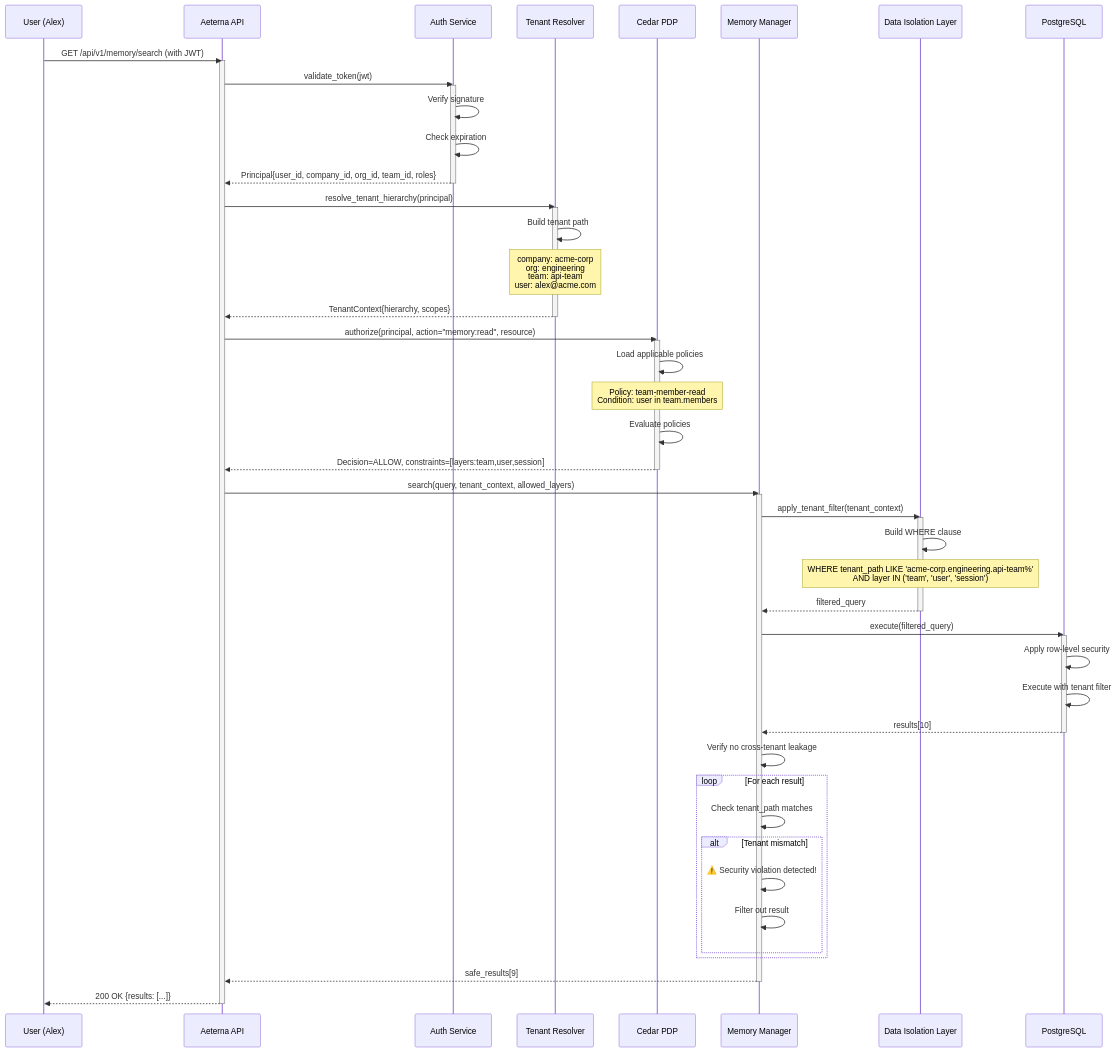
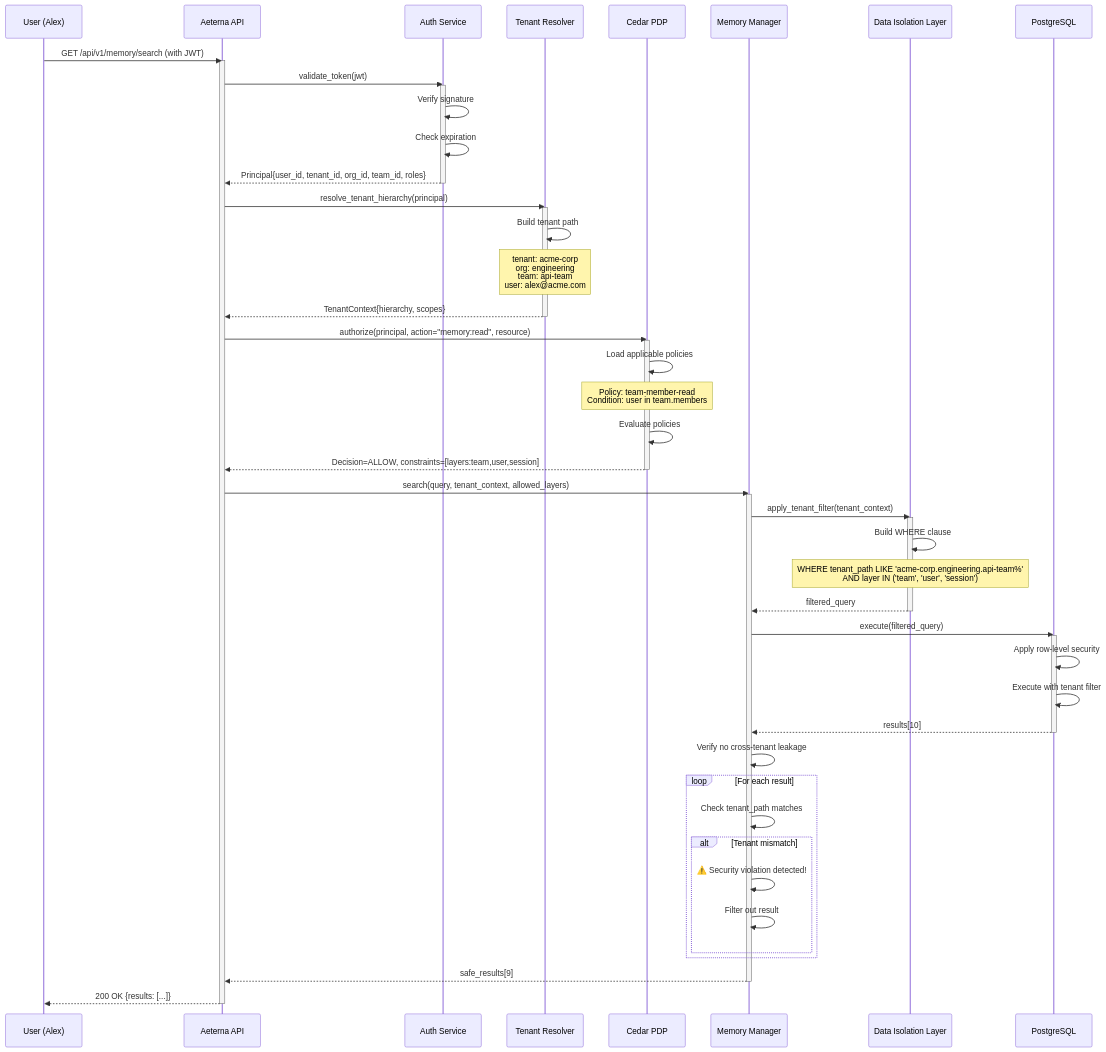
Diagram 13 of 14 in docs/sequence-diagrams.md (kikokikok/aeterna), drawn with Mermaid before and after one commit. The commit also changed other lines of this file and 273 other files, not shown here.

Commit message:
refactor: finalize tenant-root schema and remove company compatibility

````diff
--- a/docs/sequence-diagrams.md
+++ b/docs/sequence-diagrams.md
@@ -1074,79 +1074,79 @@
 ```mermaid
 sequenceDiagram
     participant User as User (Alex)
     participant API as Aeterna API
     participant AuthService as Auth Service
     participant TenantResolver as Tenant Resolver
     participant CedarPDP as Cedar PDP
     participant MemManager as Memory Manager
     participant DataIsolation as Data Isolation Layer
     participant Postgres as PostgreSQL
 
     User->>API: GET /api/v1/memory/search (with JWT)
     activate API
     
     API->>AuthService: validate_token(jwt)
     activate AuthService
     AuthService->>AuthService: Verify signature
     AuthService->>AuthService: Check expiration
-    AuthService-->>API: Principal{user_id, company_id, org_id, team_id, roles}
+    AuthService-->>API: Principal{user_id, tenant_id, org_id, team_id, roles}
     deactivate AuthService
     
     API->>TenantResolver: resolve_tenant_hierarchy(principal)
     activate TenantResolver
     
     TenantResolver->>TenantResolver: Build tenant path
-    Note over TenantResolver: company: acme-corp<br/>org: engineering<br/>team: api-team<br/>user: alex@acme.com
+    Note over TenantResolver: tenant: acme-corp<br/>org: engineering<br/>team: api-team<br/>user: alex@acme.com
     
     TenantResolver-->>API: TenantContext{hierarchy, scopes}
     deactivate TenantResolver
     
     API->>CedarPDP: authorize(principal, action="memory:read", resource)
     activate CedarPDP
     
     CedarPDP->>CedarPDP: Load applicable policies
     Note over CedarPDP: Policy: team-member-read<br/>Condition: user in team.members
     
     CedarPDP->>CedarPDP: Evaluate policies
     
     CedarPDP-->>API: Decision=ALLOW, constraints=[layers:team,user,session]
     deactivate CedarPDP
     
     API->>MemManager: search(query, tenant_context, allowed_layers)
     activate MemManager
     
     MemManager->>DataIsolation: apply_tenant_filter(tenant_context)
     activate DataIsolation
     
     DataIsolation->>DataIsolation: Build WHERE clause
     Note over DataIsolation: WHERE tenant_path LIKE 'acme-corp.engineering.api-team%'<br/>AND layer IN ('team', 'user', 'session')
     
     DataIsolation-->>MemManager: filtered_query
     deactivate DataIsolation
     
     MemManager->>Postgres: execute(filtered_query)
     activate Postgres
     
     Postgres->>Postgres: Apply row-level security
     Postgres->>Postgres: Execute with tenant filter
     
     Postgres-->>MemManager: results[10]
     deactivate Postgres
     
     MemManager->>MemManager: Verify no cross-tenant leakage
     
     loop For each result
         MemManager->>MemManager: Check tenant_path matches
         
         alt Tenant mismatch
             MemManager->>MemManager: ⚠️ Security violation detected!
             MemManager->>MemManager: Filter out result
         end
     end
     
     MemManager-->>API: safe_results[9]
     deactivate MemManager
     
     API-->>User: 200 OK {results: [...]}
     deactivate API
 ```
````
